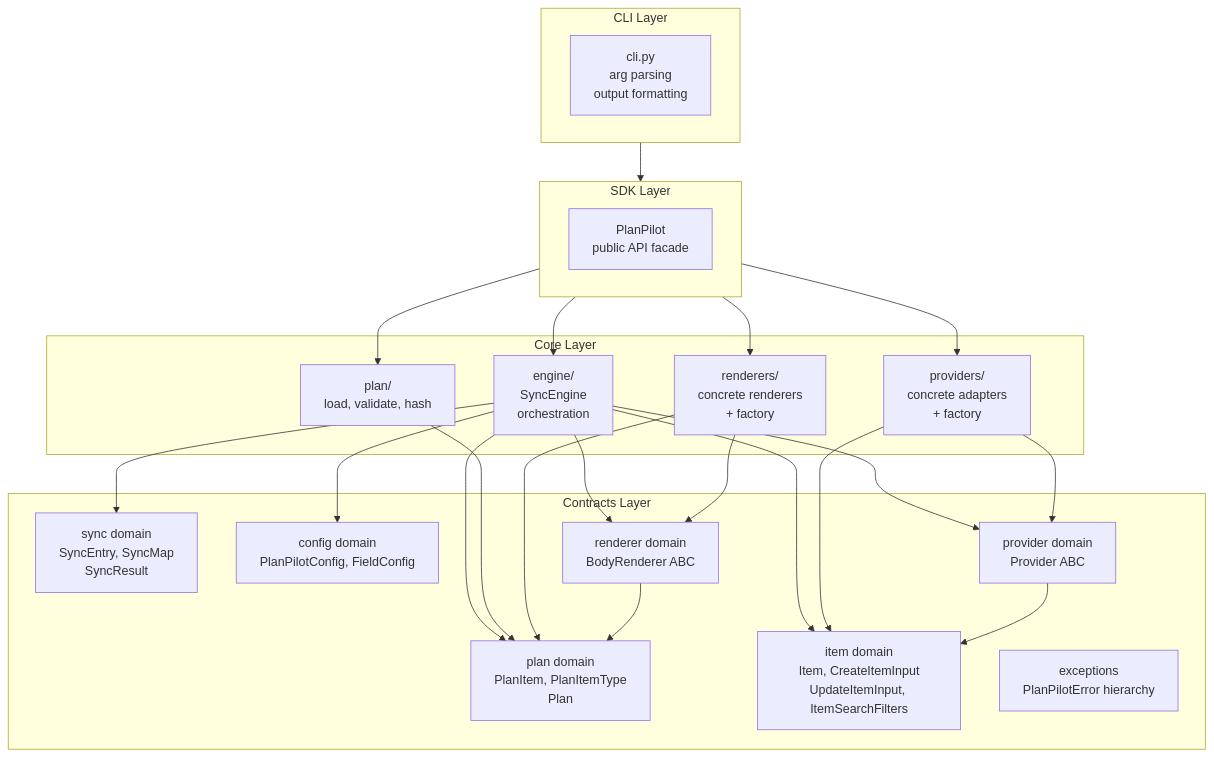
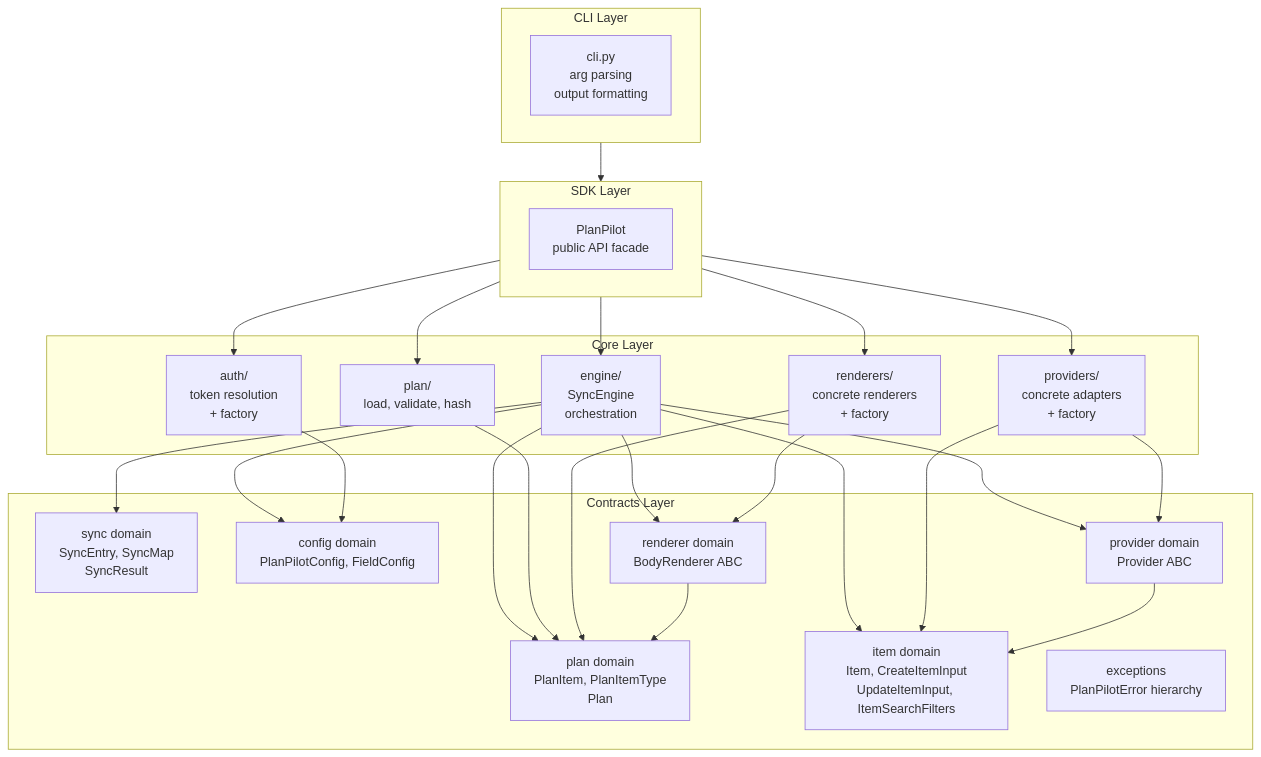
The first of 3 diagrams in docs/v2/design/architecture.md (aryeko/planpilot), drawn with Mermaid before and after one commit. The commit also changed other lines of this file and 3 other files, not shown here.

First line of the commit message:
docs(v2): add auth module spec and fix diagram consistency

````diff
--- a/docs/v2/design/architecture.md
+++ b/docs/v2/design/architecture.md
@@ -17,46 +17,49 @@
 ```mermaid
 flowchart TB
     subgraph Contracts["Contracts Layer"]
         PlanDomain["plan domain<br/>PlanItem, PlanItemType<br/>Plan"]
         ItemDomain["item domain<br/>Item, CreateItemInput<br/>UpdateItemInput, ItemSearchFilters"]
         SyncDomain["sync domain<br/>SyncEntry, SyncMap<br/>SyncResult"]
         ConfigDomain["config domain<br/>PlanPilotConfig, FieldConfig"]
         ProviderDomain["provider domain<br/>Provider ABC"]
         RendererDomain["renderer domain<br/>BodyRenderer ABC"]
         Exceptions["exceptions<br/>PlanPilotError hierarchy"]
     end
 
     subgraph Core["Core Layer"]
         Engine["engine/<br/>SyncEngine<br/>orchestration"]
         PlanCore["plan/<br/>load, validate, hash"]
         Providers["providers/<br/>concrete adapters<br/>+ factory"]
         Renderers["renderers/<br/>concrete renderers<br/>+ factory"]
+        Auth["auth/<br/>token resolution<br/>+ factory"]
     end
 
     subgraph SDK["SDK Layer"]
         PlanPilot["PlanPilot<br/>public API facade"]
     end
 
     subgraph CLI["CLI Layer"]
         CLIModule["cli.py<br/>arg parsing<br/>output formatting"]
     end
 
     CLI --> SDK
     SDK --> Engine
     SDK --> PlanCore
     SDK --> Providers
     SDK --> Renderers
+    SDK --> Auth
     Engine --> ProviderDomain
     Engine --> RendererDomain
     Engine --> PlanDomain
     Engine --> ItemDomain
     Engine --> SyncDomain
     Engine --> ConfigDomain
     PlanCore --> PlanDomain
     Providers --> ProviderDomain
     Providers --> ItemDomain
     Renderers --> RendererDomain
     Renderers --> PlanDomain
+    Auth --> ConfigDomain
     RendererDomain --> PlanDomain
     ProviderDomain --> ItemDomain
 ```
````
